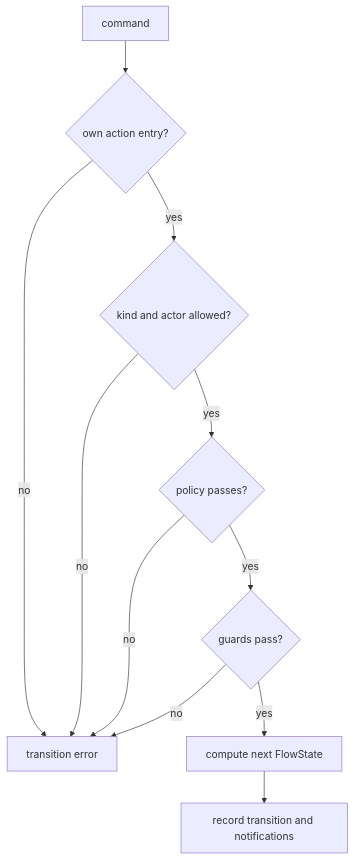
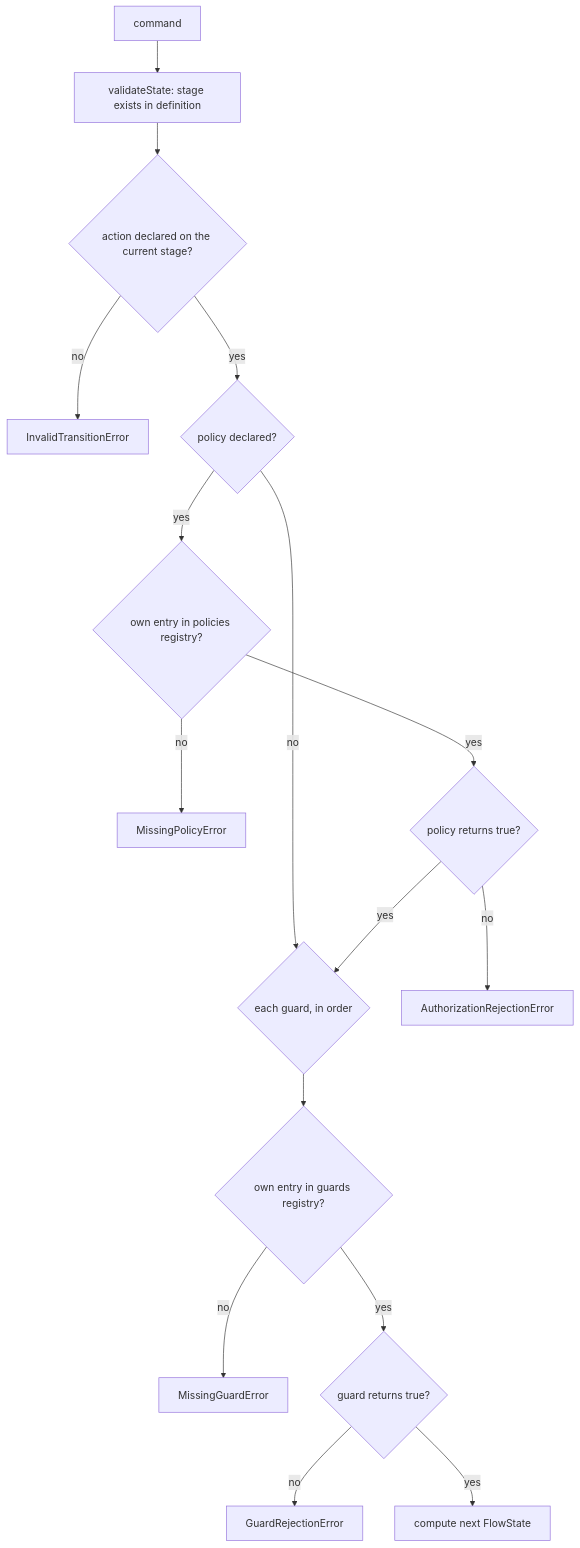
The fifth of 10 diagrams in docs/definitions-deep-dive.md (teopeurt/flowkit), drawn with Mermaid before and after one commit. The commit also changed other lines of this file and 5 other files, not shown here.

````diff
--- a/docs/definitions-deep-dive.md
+++ b/docs/definitions-deep-dive.md
@@ -109,13 +109,18 @@
 ```mermaid
 flowchart TD
- C[command] --> O{own action entry?}
- O -- no --> E[transition error]
- O -- yes --> K{kind and actor allowed?}
- K -- no --> E
- K -- yes --> P{policy passes?}
- P -- no --> E
- P -- yes --> G{guards pass?}
- G -- no --> E
- G -- yes --> T[compute next FlowState]
- T --> N[record transition and notifications]
+  C[command] --> V[validateState: stage exists in definition]
+  V --> O{action declared on the current stage?}
+  O -- no --> E1[InvalidTransitionError]
+  O -- yes --> P{policy declared?}
+  P -- no --> G
+  P -- yes --> PR{own entry in policies registry?}
+  PR -- no --> E2[MissingPolicyError]
+  PR -- yes --> PX{policy returns true?}
+  PX -- no --> E3[AuthorizationRejectionError]
+  PX -- yes --> G{each guard, in order}
+  G --> GR{own entry in guards registry?}
+  GR -- no --> E4[MissingGuardError]
+  GR -- yes --> GX{guard returns true?}
+  GX -- no --> E5[GuardRejectionError]
+  GX -- yes --> T[compute next FlowState]
 ```
````
